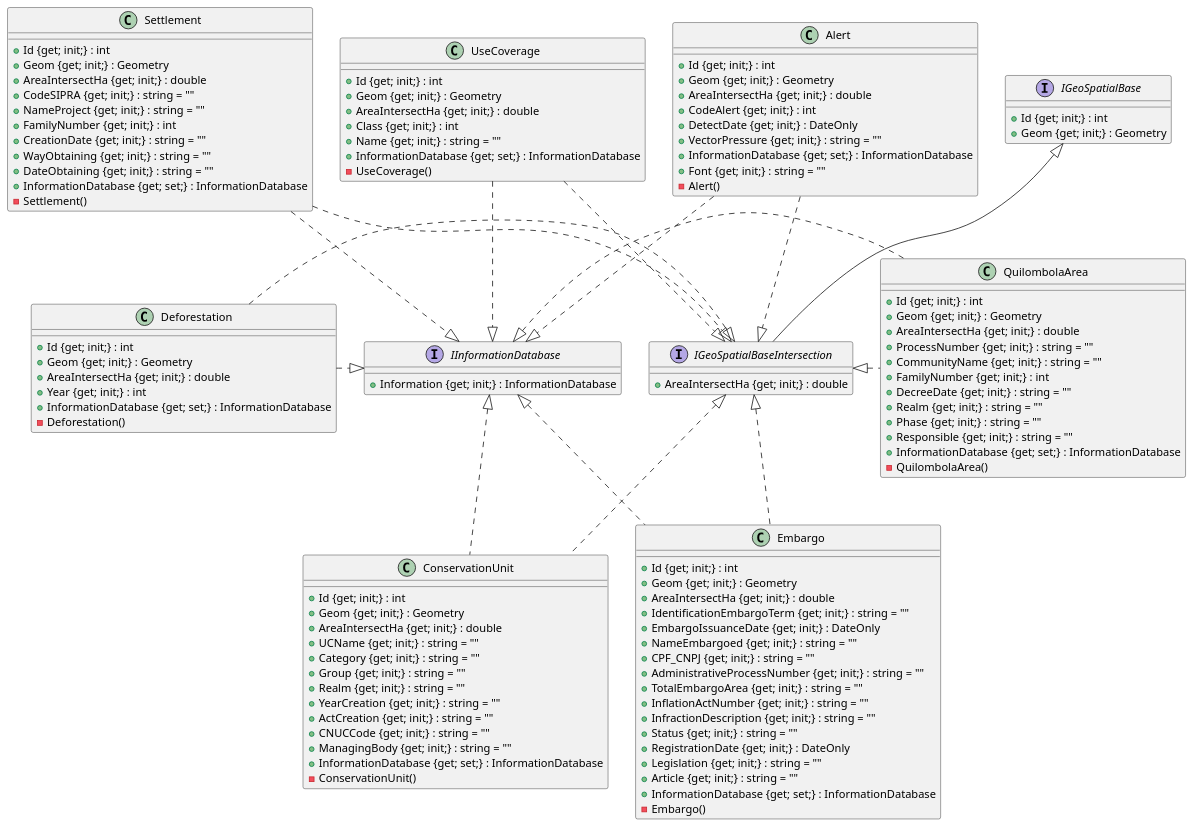
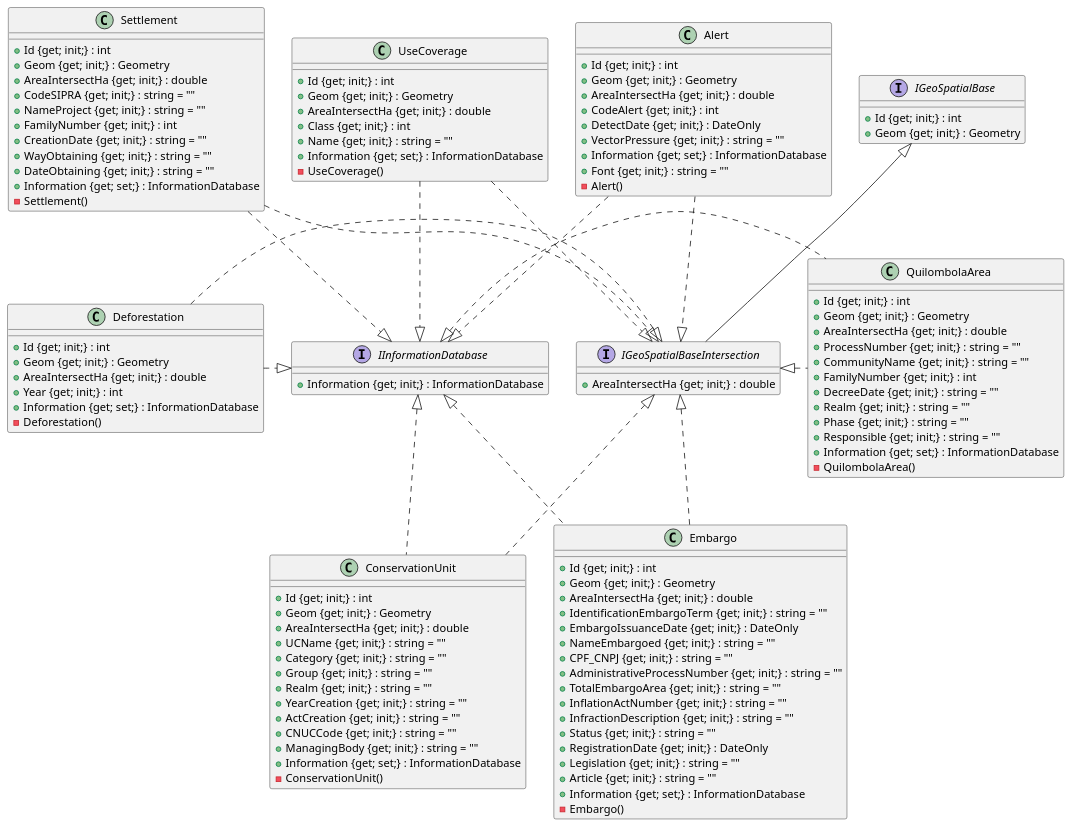
Before and after one commit to ruralgises/documentation: the diagram in class-diagram/interserct-diagram.plantuml, drawn with PlantUML.

```diff
--- a/class-diagram/interserct-diagram.plantuml
+++ b/class-diagram/interserct-diagram.plantuml
@@ -1,128 +1,128 @@
 @startuml
 
 interface IGeoSpatialBaseIntersection extends IGeoSpatialBase {
     {method} +AreaIntersectHa {get; init;} : double
 }
 
 interface IGeoSpatialBase {
     {method} +Id {get; init;} : int
     {method} +Geom {get; init;} : Geometry
 }
 
 interface IInformationDatabase {
     {method} +Information {get; init;} : InformationDatabase
 }
 
 class Deforestation {
     {method} +Id {get; init;} : int
     {method} +Geom {get; init;} : Geometry
     {method} +AreaIntersectHa {get; init;} : double
     {method} +Year {get; init;} : int
-    {method} +InformationDatabase {get; set;} : InformationDatabase
+    {method} +Information {get; set;} : InformationDatabase
     {method} -Deforestation()
 }
 
 class Settlement {
     {method} +Id {get; init;} : int
     {method} +Geom {get; init;} : Geometry
     {method} +AreaIntersectHa {get; init;} : double
     {method} +CodeSIPRA {get; init;} : string = ""
     {method} +NameProject {get; init;} : string = ""
     {method} +FamilyNumber {get; init;} : int
     {method} +CreationDate {get; init;} : string = ""
     {method} +WayObtaining {get; init;} : string = ""
     {method} +DateObtaining {get; init;} : string = ""
-    {method} +InformationDatabase {get; set;} : InformationDatabase
+    {method} +Information {get; set;} : InformationDatabase
     {method} -Settlement()
 }
 
 class ConservationUnit{
     {method} +Id {get; init;} : int
     {method} +Geom {get; init;} : Geometry
     {method} +AreaIntersectHa {get; init;} : double
     {method} +UCName {get; init;} : string = ""
     {method} +Category {get; init;} : string = ""
     {method} +Group {get; init;} : string = ""
     {method} +Realm {get; init;} : string = ""
     {method} +YearCreation {get; init;} : string = ""
     {method} +ActCreation {get; init;} : string = ""
     {method} +CNUCCode {get; init;} : string = ""
     {method} +ManagingBody {get; init;} : string = ""
-    {method} +InformationDatabase {get; set;} : InformationDatabase
+    {method} +Information {get; set;} : InformationDatabase
     {method} -ConservationUnit()
 }
 
 class QuilombolaArea {
     {method} +Id {get; init;} : int
     {method} +Geom {get; init;} : Geometry
     {method} +AreaIntersectHa {get; init;} : double
     {method} +ProcessNumber {get; init;} : string = ""
     {method} +CommunityName {get; init;} : string = ""
     {method} +FamilyNumber {get; init;} : int
     {method} +DecreeDate {get; init;} : string = ""
     {method} +Realm {get; init;} : string = ""
     {method} +Phase {get; init;} : string = ""
     {method} +Responsible {get; init;} : string = ""
-    {method} +InformationDatabase {get; set;} : InformationDatabase
+    {method} +Information {get; set;} : InformationDatabase
     {method} -QuilombolaArea()
 }
 
 class UseCoverage {
     {method} +Id {get; init;} : int
     {method} +Geom {get; init;} : Geometry
     {method} +AreaIntersectHa {get; init;} : double
     {method} +Class {get; init;} : int
     {method} +Name {get; init;} : string = ""
-    {method} +InformationDatabase {get; set;} : InformationDatabase
+    {method} +Information {get; set;} : InformationDatabase
     {method} -UseCoverage()
 }
 
 class Embargo {
     {method} +Id {get; init;} : int
     {method} +Geom {get; init;} : Geometry
     {method} +AreaIntersectHa {get; init;} : double
     {method} +IdentificationEmbargoTerm {get; init;} : string = ""
     {method} +EmbargoIssuanceDate {get; init;} : DateOnly
     {method} +NameEmbargoed {get; init;} : string = ""
     {method} +CPF_CNPJ {get; init;} : string = ""
     {method} +AdministrativeProcessNumber {get; init;} : string = ""
     {method} +TotalEmbargoArea {get; init;} : string = ""
     {method} +InflationActNumber {get; init;} : string = ""
     {method} +InfractionDescription {get; init;} : string = ""
     {method} +Status {get; init;} : string = ""
     {method} +RegistrationDate {get; init;} : DateOnly
     {method} +Legislation {get; init;} : string = ""
     {method} +Article {get; init;} : string = ""
-    {method} +InformationDatabase {get; set;} : InformationDatabase
+    {method} +Information {get; set;} : InformationDatabase
     {method} -Embargo()
 }
 
 class Alert {
     {method} +Id {get; init;} : int
     {method} +Geom {get; init;} : Geometry
     {method} +AreaIntersectHa {get; init;} : double
     {method} +CodeAlert {get; init;} : int
     {method} +DetectDate {get; init;} : DateOnly
     {method} +VectorPressure {get; init;} : string = ""
-    {method} +InformationDatabase {get; set;} : InformationDatabase
+    {method} +Information {get; set;} : InformationDatabase
     {method} +Font {get; init;} : string = ""
     {method} -Alert()
 }
 
 Embargo ..up|> IGeoSpatialBaseIntersection 
 Deforestation ..right|> IGeoSpatialBaseIntersection
 ConservationUnit ..up|> IGeoSpatialBaseIntersection
 Settlement ..|> IGeoSpatialBaseIntersection
 QuilombolaArea ..left|> IGeoSpatialBaseIntersection
 UseCoverage ..|> IGeoSpatialBaseIntersection
 Alert ..|> IGeoSpatialBaseIntersection
 
 Embargo ..up|> IInformationDatabase 
 Deforestation ..right|> IInformationDatabase
 ConservationUnit ..up|> IInformationDatabase
 Settlement ..|> IInformationDatabase
 QuilombolaArea ..left|> IInformationDatabase
 UseCoverage ..|> IInformationDatabase
 Alert ..|> IInformationDatabase
 
 @enduml
```
